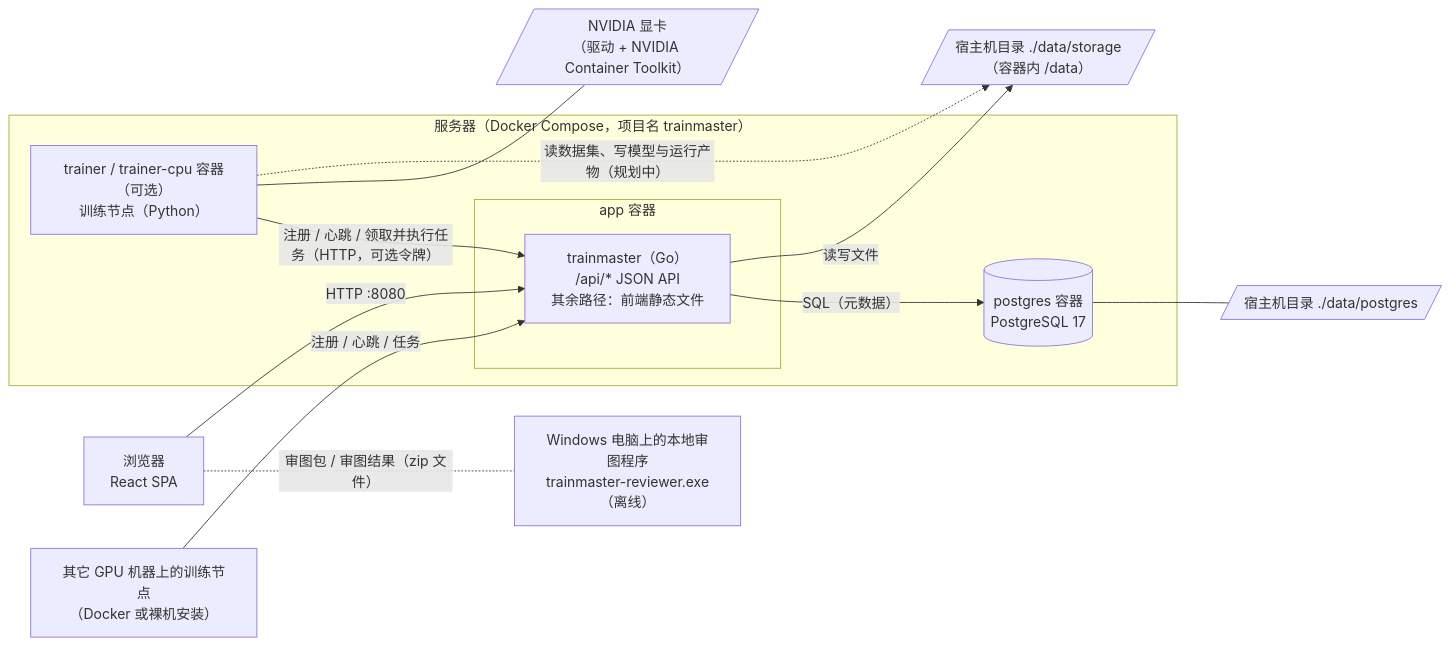
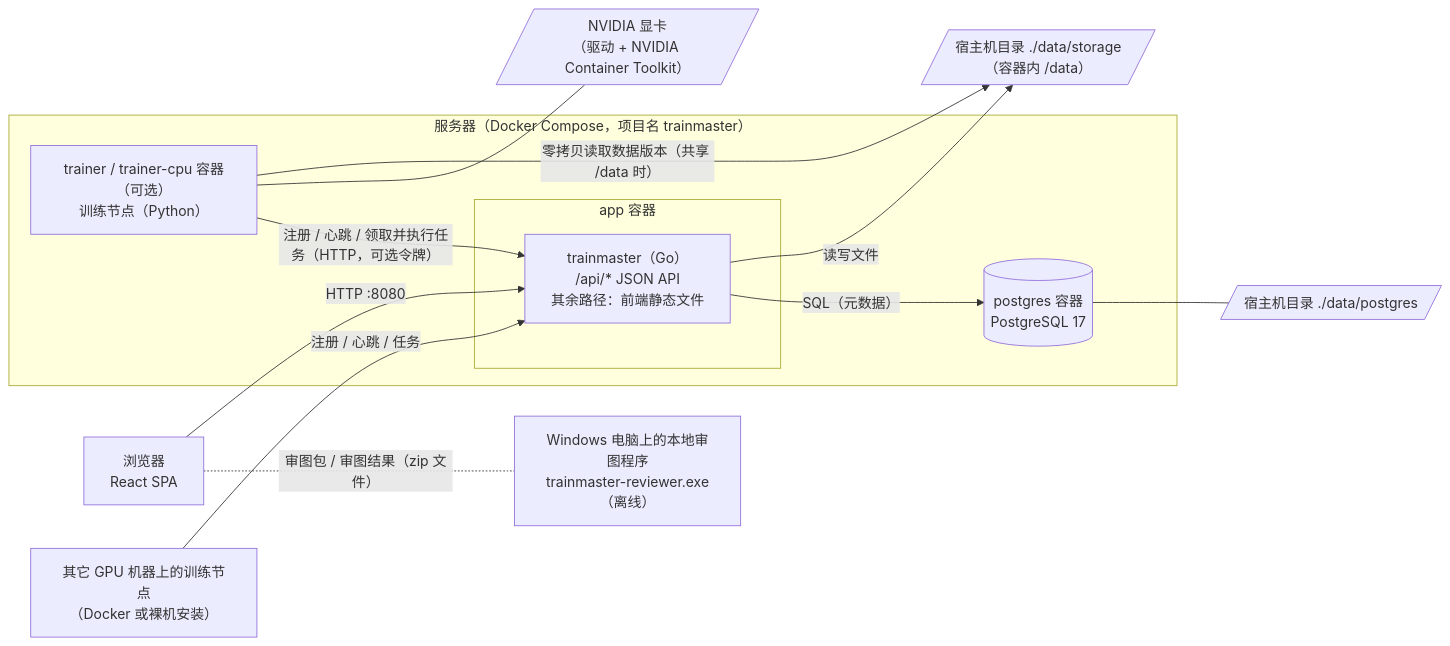
The diagram in docs/architecture.md (icaruszezen/trainMaster), drawn with Mermaid before and after one commit. The commit also changed other lines of this file and 59 other files, not shown here.

````diff
--- a/docs/architecture.md
+++ b/docs/architecture.md
@@ -7,28 +7,28 @@
 ```mermaid
 flowchart LR
     browser["浏览器<br/>React SPA"]
 
     subgraph host["服务器（Docker Compose，项目名 trainmaster）"]
         subgraph app["app 容器"]
             server["trainmaster（Go）<br/>/api/* JSON API<br/>其余路径：前端静态文件"]
         end
         pg[("postgres 容器<br/>PostgreSQL 17")]
         trainer["trainer / trainer-cpu 容器（可选）<br/>训练节点（Python）"]
     end
 
     storage[/"宿主机目录 ./data/storage<br/>（容器内 /data）"/]
     pgdata[/"宿主机目录 ./data/postgres"/]
     gpu[/"NVIDIA 显卡<br/>（驱动 + NVIDIA Container Toolkit）"/]
     remote["其它 GPU 机器上的训练节点<br/>（Docker 或裸机安装）"]
     reviewer["Windows 电脑上的本地审图程序<br/>trainmaster-reviewer.exe（离线）"]
 
     browser -- "HTTP :8080" --> server
     server -- "SQL（元数据）" --> pg
     server -- "读写文件" --> storage
     pg --- pgdata
     trainer -- "注册 / 心跳 / 领取并执行任务（HTTP，可选令牌）" --> server
     remote -- "注册 / 心跳 / 任务" --> server
     trainer --- gpu
-    trainer -. "读数据集、写模型与运行产物（规划中）" .-> storage
+    trainer -- "零拷贝读取数据版本（共享 /data 时）" --> storage
     browser -. "审图包 / 审图结果（zip 文件）" .- reviewer
 ```
````
